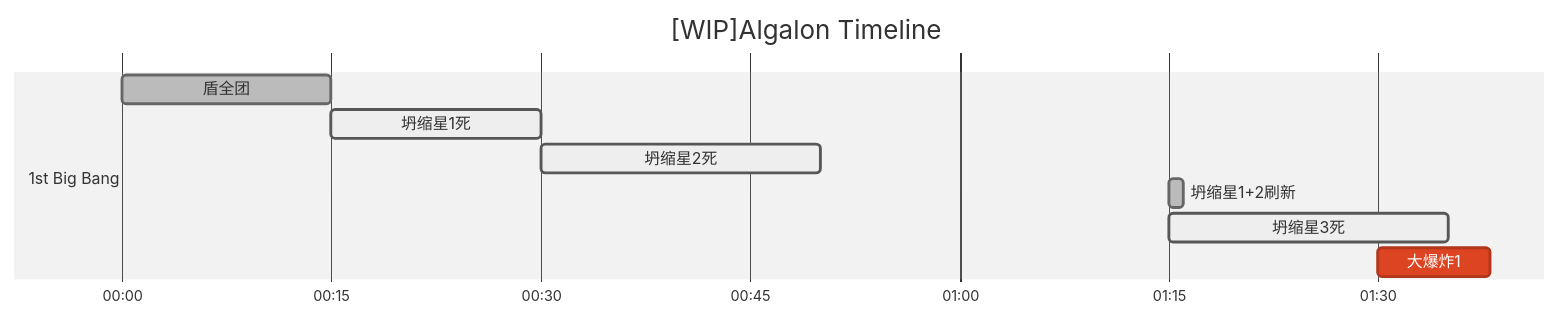
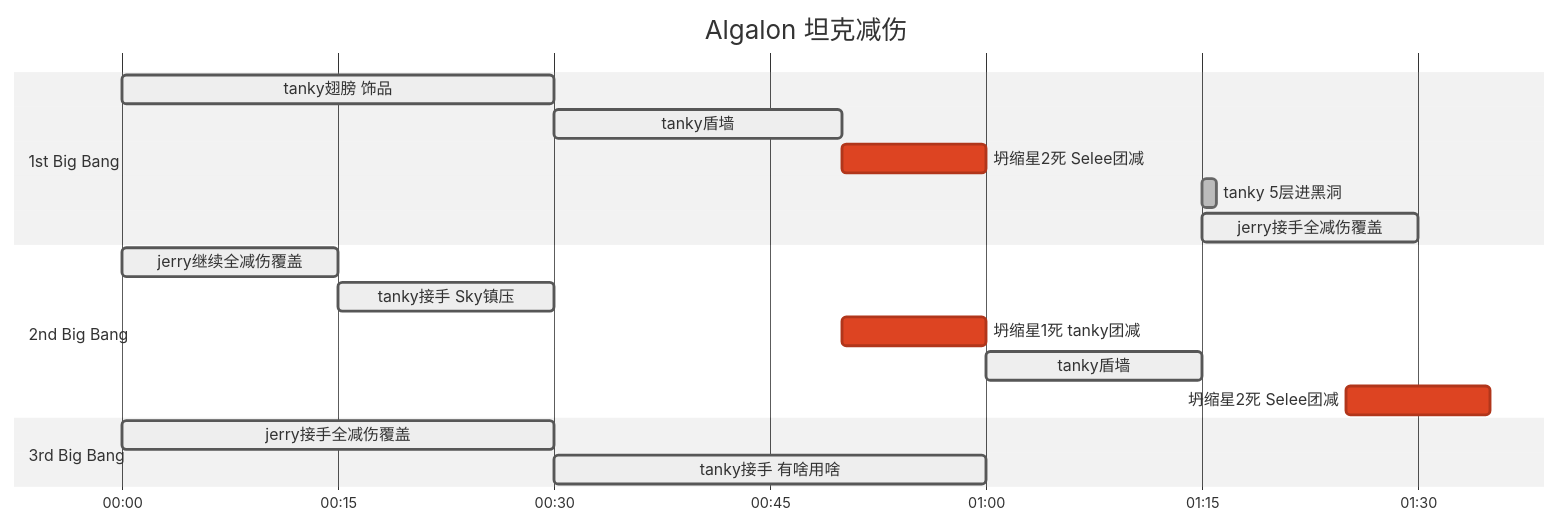
Before and after one commit to leemWF/DocsCN: the diagram in wow/wotlk/uld/README.md, drawn with Mermaid (neutral theme). The commit also changed other lines of this file, not shown here.

````diff
--- a/wow/wotlk/uld/README.md
+++ b/wow/wotlk/uld/README.md
@@ -176,17 +44,24 @@
 ```mermaid
 gantt
-    title [WIP]Algalon Timeline
+    title Algalon 坦克减伤
     dateFormat  mm:ss
     axisFormat %M:%S
 
     section 1st Big Bang
-    盾全团         :done, p1, 00:00, 15s
-    坍缩星1死     :active, h1, after p1, 15s
-    坍缩星2死      :active, h2, after h1, 20s
-    坍缩星1+2刷新         :done, s1, 01:15, 1s
-    坍缩星3死      :active, h3, 01:15, 20s
-    大爆炸1     :crit, bb1, 01:30, 8s
+    tanky翅膀 饰品         :active, p1, 00:00, 30s
+    tanky盾墙      :active, p2, after p1, 20s
+    坍缩星2死 Selee团减  :crit, p3, after p2, 10s
+    tanky 5层进黑洞         :done, b1, 01:15, 1s
+    jerry接手全减伤覆盖      :active, j1, 01:15, 15s
 
     section 2nd Big Bang
-    
+    jerry继续全减伤覆盖      :active, j2, 00:00, 15s
+    tanky接手 Sky镇压 :active, p4, after j2, 15s
+    坍缩星1死 tanky团减 :crit, p5, 00:50, 10s
+    tanky盾墙      :active, p6, after p5, 15s
+    坍缩星2死 Selee团减 :crit, p7, 01:25, 10s
+
+    section 3rd Big Bang
+    jerry接手全减伤覆盖      :active, j3, 00:00, 30s
+    tanky接手 有啥用啥      :active, p8, after j3, 30s
 ```
````
